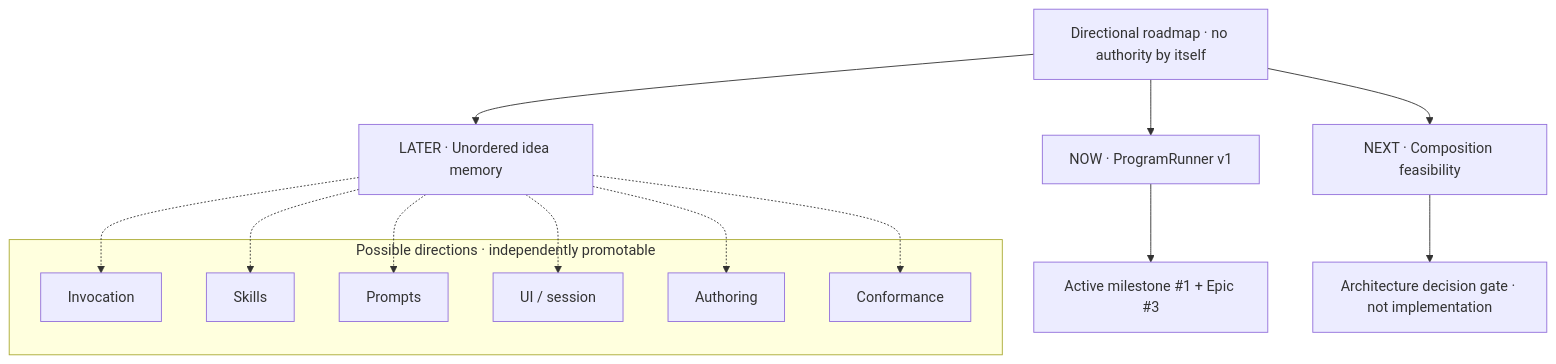
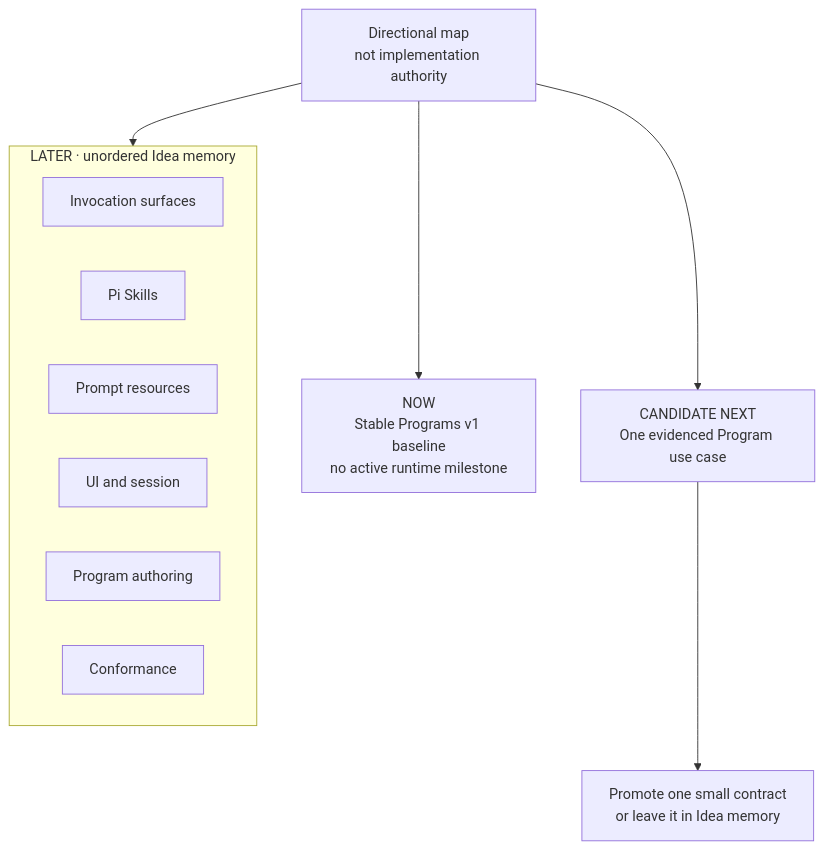
One commit to eysenfalk/pi-fabric changed the diagram in docs/product/roadmap.md. Above: the diagram before and after it, drawn with Mermaid. The commit also changed other lines of this file and 3 other files, not shown here.

Commit message:
docs(product): demote speculative ProgramRunner

````diff
--- a/docs/product/roadmap.md
+++ b/docs/product/roadmap.md
@@ -8,26 +8,20 @@
 ```mermaid
 flowchart TB
-    Map["Directional roadmap · no authority by itself"]
-    Map --> Now["NOW · ProgramRunner v1"]
-    Map --> Next["NEXT · Composition feasibility"]
-    Map --> Later["LATER · Unordered idea memory"]
+    Map["Directional map<br/>not implementation authority"]
+    Now["NOW<br/>Stable Programs v1 baseline<br/>no active runtime milestone"]
+    Next["CANDIDATE NEXT<br/>One evidenced Program use case"]
 
-    Now --> Contract["Active milestone #1 + Epic #3"]
-    Next --> Gate["Architecture decision gate · not implementation"]
+    Map --> Now
+    Map --> Next
+    Map --> Ideas
+    Next --> Gate["Promote one small contract<br/>or leave it in Idea memory"]
 
-    subgraph Ideas["Possible directions · independently promotable"]
-        Invocation["Invocation"]
-        Skills["Skills"]
-        Prompts["Prompts"]
-        UI["UI / session"]
-        Authoring["Authoring"]
+    subgraph Ideas["LATER · unordered Idea memory"]
+        Invocation["Invocation surfaces"]
+        Skills["Pi Skills"]
+        Prompts["Prompt resources"]
+        UI["UI and session"]
+        Authoring["Program authoring"]
         Conformance["Conformance"]
     end
-
-    Later -.-> Invocation
-    Later -.-> Skills
-    Later -.-> Prompts
-    Later -.-> UI
-    Later -.-> Authoring
-    Later -.-> Conformance
 ```
````
